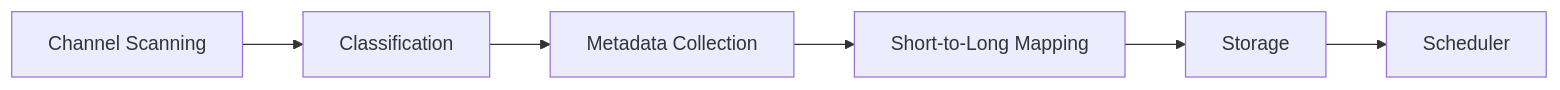
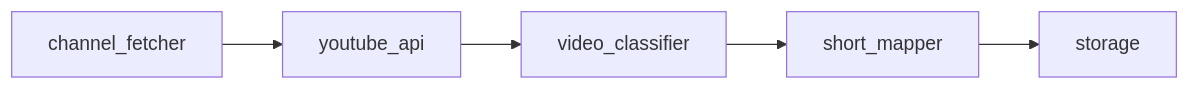
One commit to Alex-Zeo/Youtube-Scanner changed the diagram in docs/architecture.md. Above: the diagram before and after it, drawn with Mermaid. The commit also changed other lines of this file and 2 other files, not shown here.

Commit message:
docs: update architecture and usage

````diff
--- a/docs/architecture.md
+++ b/docs/architecture.md
@@ -16,8 +23,7 @@
 ```mermaid
 graph LR
-    A[Channel Scanning] --> B[Classification]
-    B --> C[Metadata Collection]
-    C --> D[Short-to-Long Mapping]
-    D --> E[Storage]
-    E --> F[Scheduler]
+    A[channel_fetcher] --> B[youtube_api]
+    B --> C[video_classifier]
+    C --> D[short_mapper]
+    D --> E[storage]
 ```
````
